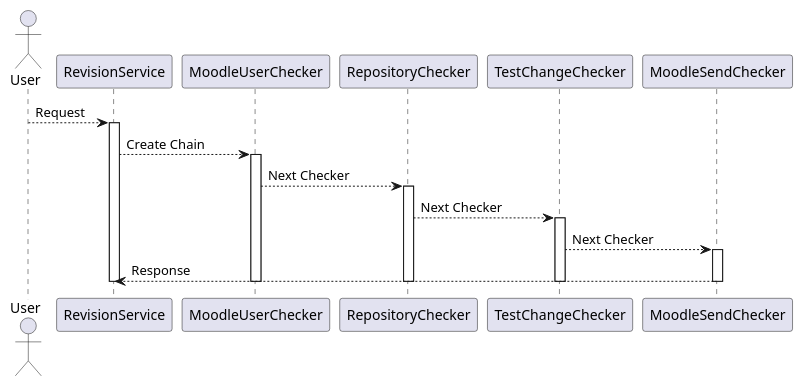
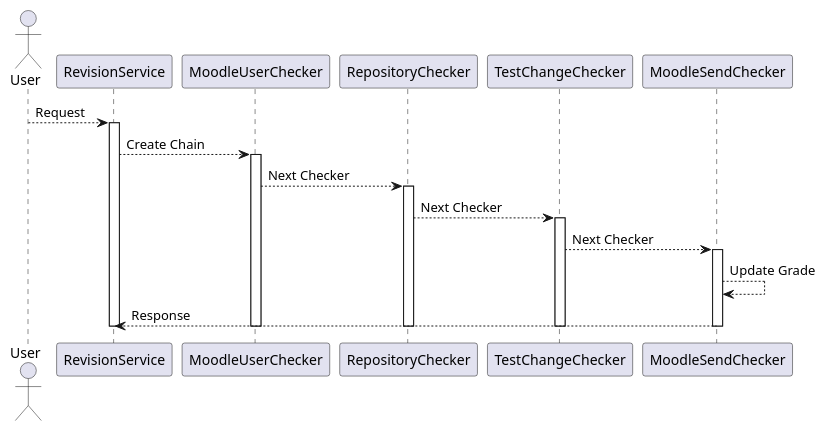
One commit to rpmhub/revision changed the diagram in docs/SequenceDiagram.puml. Above: the diagram before and after it, drawn with PlantUML.

Commit message:
Update Grade in Sequence Diagram #4

```diff
--- a/docs/SequenceDiagram.puml
+++ b/docs/SequenceDiagram.puml
@@ -1,20 +1,21 @@
 @startuml
 
 actor User
 User --> RevisionService : Request
 activate RevisionService
 RevisionService --> MoodleUserChecker : Create Chain
 activate MoodleUserChecker
 MoodleUserChecker --> RepositoryChecker : Next Checker
 activate RepositoryChecker
 RepositoryChecker --> TestChangeChecker : Next Checker
 activate TestChangeChecker
 TestChangeChecker --> MoodleSendChecker : Next Checker
 activate MoodleSendChecker
+MoodleSendChecker --> MoodleSendChecker : Update Grade
 MoodleSendChecker --> RevisionService : Response
 deactivate 
 deactivate 
 deactivate
 deactivate
 deactivate
 @enduml
```
